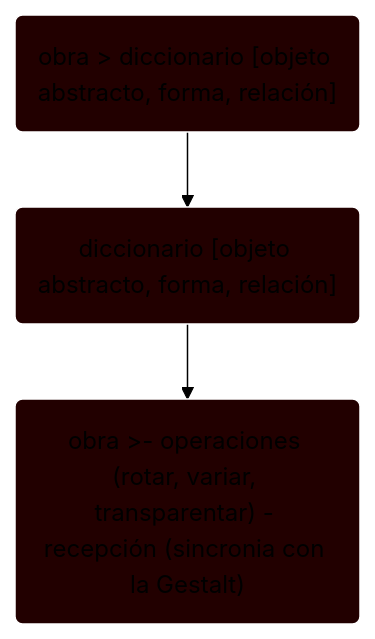
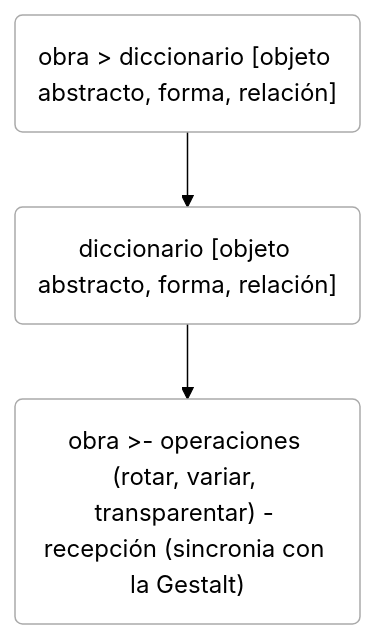
Before and after one commit to musiki/cym: the diagram in 03-cla/c-cym06- cohesión audiovisual.md, drawn with Mermaid (forest theme). The commit also changed other lines of this file and 37 other files, not shown here.

````diff
--- a/03-cla/c-cym06- cohesión audiovisual.md
+++ b/03-cla/c-cym06- cohesión audiovisual.md
@@ -38,10 +38,10 @@
 ```mermaid
 graph TD
 
 a1("obra > diccionario [objeto abstracto, forma, relación]")-->a2(" diccionario [objeto abstracto, forma, relación] ")-->a3("obra >- operaciones (rotar, variar, transparentar) - recepción (sincronia con la Gestalt)")
 
-classDef className fill:#200,stroke:#fff,stroke-width:2px;width:100%
+classDef className fill:#FFF,stroke:#aaa,stroke-width:2px;width:100%
 
 class start,a1,a2,a3 className;
 
 ```
````
